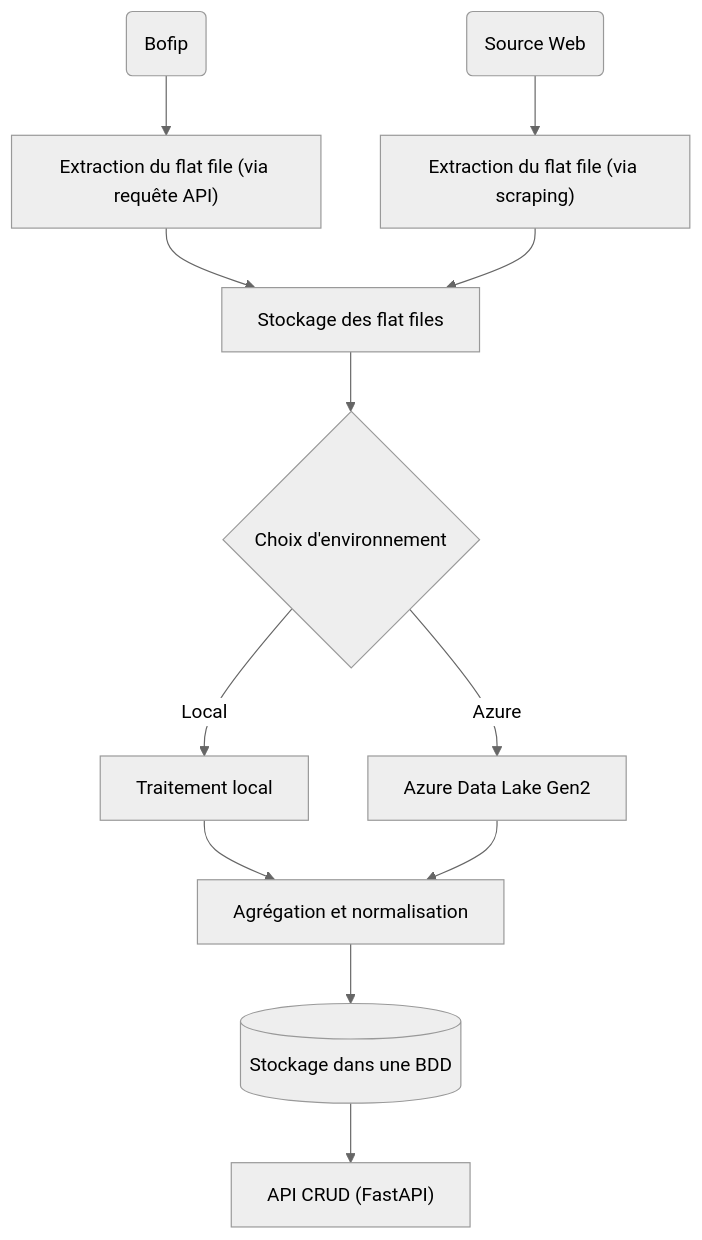
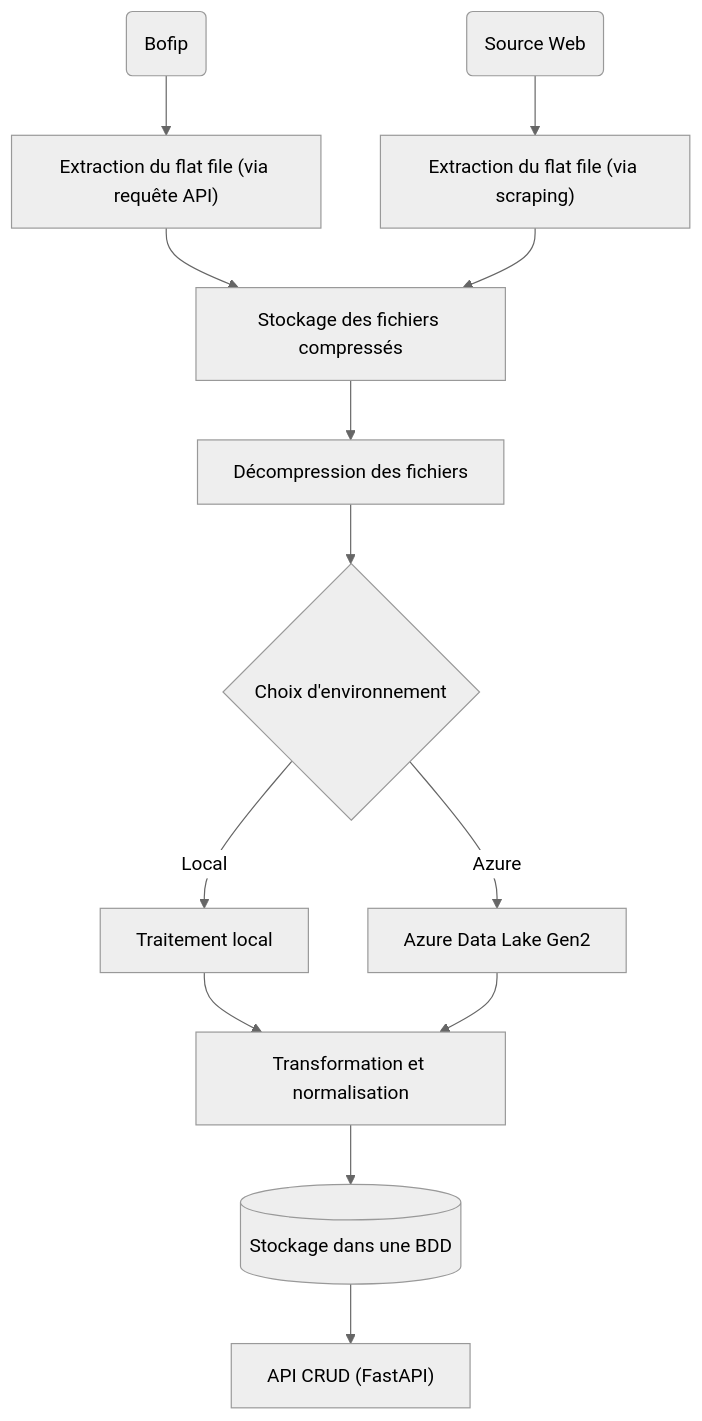
The diagram in README.md (jeremy-vangansberg/fiscalia), drawn with Mermaid (neutral theme) before and after one commit. The commit also changed other lines of this file and 28 other files, not shown here.

````diff
--- a/README.md
+++ b/README.md
@@ -7,14 +7,15 @@
 ```mermaid
 flowchart TD
     A("Bofip") --> B["Extraction du flat file (via requête API)"]
     C("Source Web") --> D["Extraction du flat file (via scraping)"]
-    B --> E["Stockage des flat files"]
+    B --> E["Stockage des fichiers compressés"]
     D --> E
-    E --> F{"Choix d'environnement"}
-    F -- Local --> G["Traitement local"]
-    F -- Azure --> H["Azure Data Lake Gen2"]
-    G --> I["Agrégation et normalisation"]
-    H --> I
-    I --> J[(Stockage dans une BDD)]
-    J --> M["API CRUD (FastAPI)"]
+    E --> F["Décompression des fichiers"]
+    F --> G{"Choix d'environnement"}
+    G -- Local --> H["Traitement local"]
+    G -- Azure --> I["Azure Data Lake Gen2"]
+    H --> J["Transformation et normalisation"]
+    I --> J
+    J --> K[(Stockage dans une BDD)]
+    K --> L["API CRUD (FastAPI)"]
 ```
````
